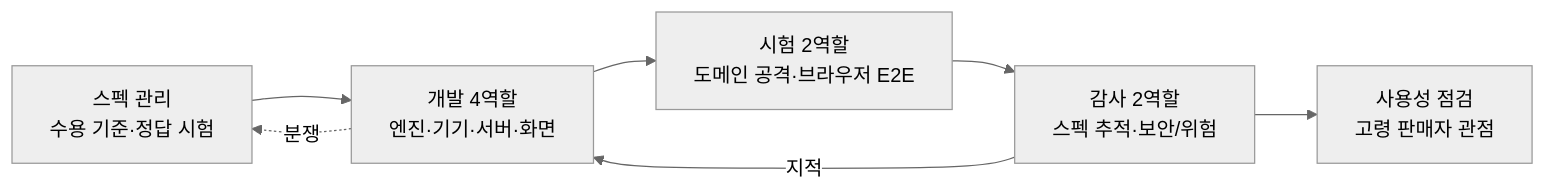
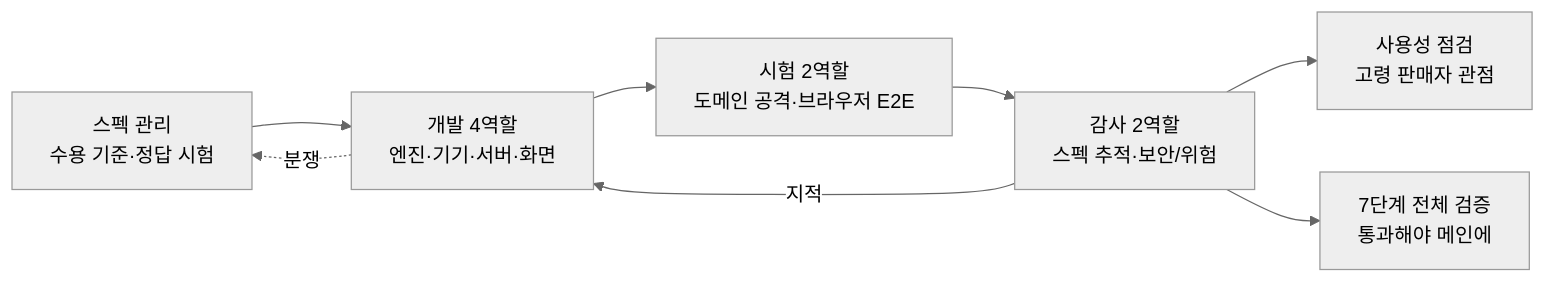
The ninth of 11 diagrams in docs/PLANNING.md (rlaehddus302/linve-genie), drawn with Mermaid (neutral theme) before and after one commit. The commit also changed other lines of this file and 3 other files, not shown here.

````diff
--- a/docs/PLANNING.md
+++ b/docs/PLANNING.md
@@ -497,9 +592,10 @@
 ```mermaid
 flowchart LR
     SK["스펙 관리<br/>수용 기준·정답 시험"] --> DEV["개발 4역할<br/>엔진·기기·서버·화면"]
     DEV --> TST["시험 2역할<br/>도메인 공격·브라우저 E2E"]
     TST --> AUD["감사 2역할<br/>스펙 추적·보안/위험"]
     AUD -->|"지적"| DEV
     AUD --> UX["사용성 점검<br/>고령 판매자 관점"]
     DEV -.->|"분쟁"| SK
+    AUD --> GATE["7단계 전체 검증<br/>통과해야 메인에"]
 ```
````
